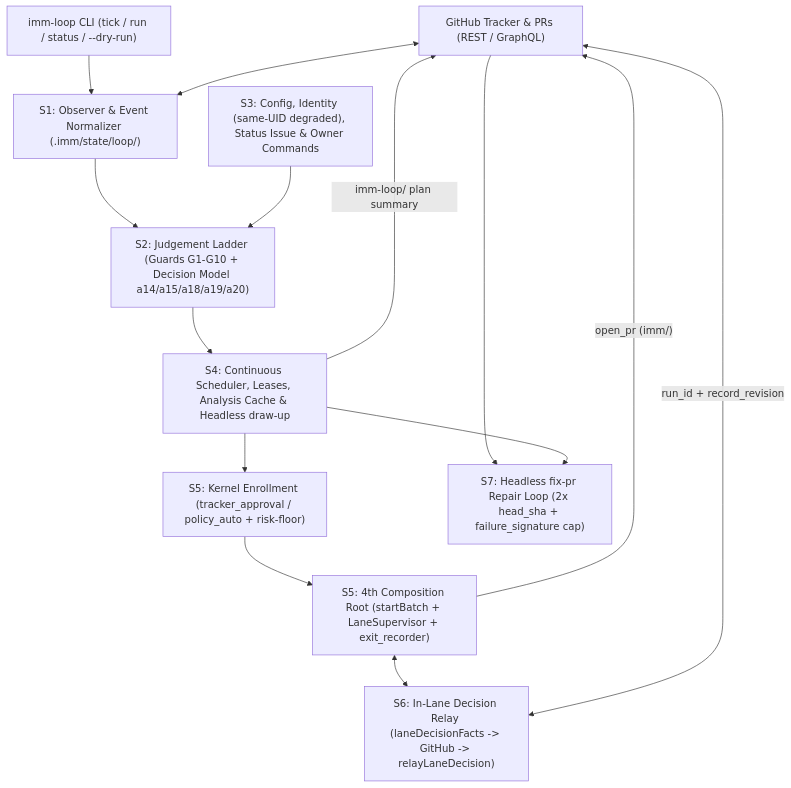
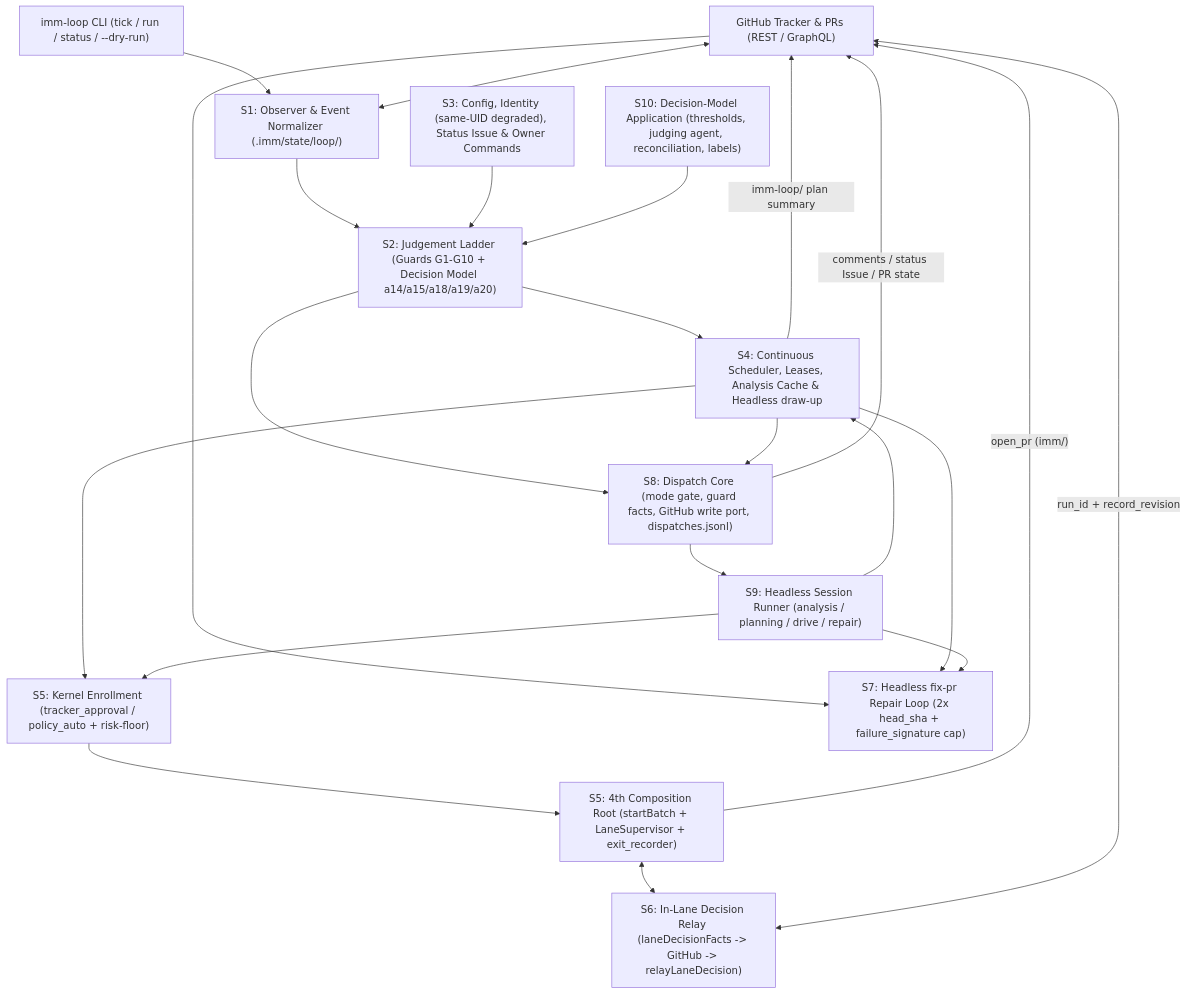
Before and after one commit to dereknex/immune-brain: the diagram in docs/specs/loop-daemon.spec.md, drawn with Mermaid. The commit also changed other lines of this file and 14 other files, not shown here.

````diff
--- a/docs/specs/loop-daemon.spec.md
+++ b/docs/specs/loop-daemon.spec.md
@@ -97,27 +126,38 @@
 ```mermaid
 flowchart TD
     GH["GitHub Tracker & PRs (REST / GraphQL)"]
     CLI["imm-loop CLI (tick / run / status / --dry-run)"]
     OBS["S1: Observer & Event Normalizer (.imm/state/loop/)"]
     JDG["S2: Judgement Ladder (Guards G1-G10 + Decision Model a14/a15/a18/a19/a20)"]
     CFG["S3: Config, Identity (same-UID degraded), Status Issue & Owner Commands"]
     SCH["S4: Continuous Scheduler, Leases, Analysis Cache & Headless draw-up"]
     ENR["S5: Kernel Enrollment (tracker_approval / policy_auto + risk-floor)"]
     SUP["S5: 4th Composition Root (startBatch + LaneSupervisor + exit_recorder)"]
     DEC["S6: In-Lane Decision Relay (laneDecisionFacts -> GitHub -> relayLaneDecision)"]
     REP["S7: Headless fix-pr Repair Loop (2x head_sha + failure_signature cap)"]
+    DSP["S8: Dispatch Core (mode gate, guard facts, GitHub write port, dispatches.jsonl)"]
+    AGT["S9: Headless Session Runner (analysis / planning / drive / repair)"]
+    DMA["S10: Decision-Model Application (thresholds, judging agent, reconciliation, labels)"]
 
     CLI --> OBS
     GH <--> OBS
     OBS --> JDG
     CFG --> JDG
     JDG --> SCH
     SCH -->|"imm-loop/<issue> plan summary"| GH
     SCH --> ENR
     ENR --> SUP
     SUP -->|"open_pr (imm/<slug>)"| GH
     SUP <--> DEC
     DEC <-->|"run_id + record_revision"| GH
     GH --> REP
     SCH --> REP
+    JDG --> DSP
+    DMA --> JDG
+    SCH --> DSP
+    DSP --> AGT
+    DSP -->|"comments / status Issue / PR state"| GH
+    AGT --> SCH
+    AGT --> ENR
+    AGT --> REP
 ```
````
